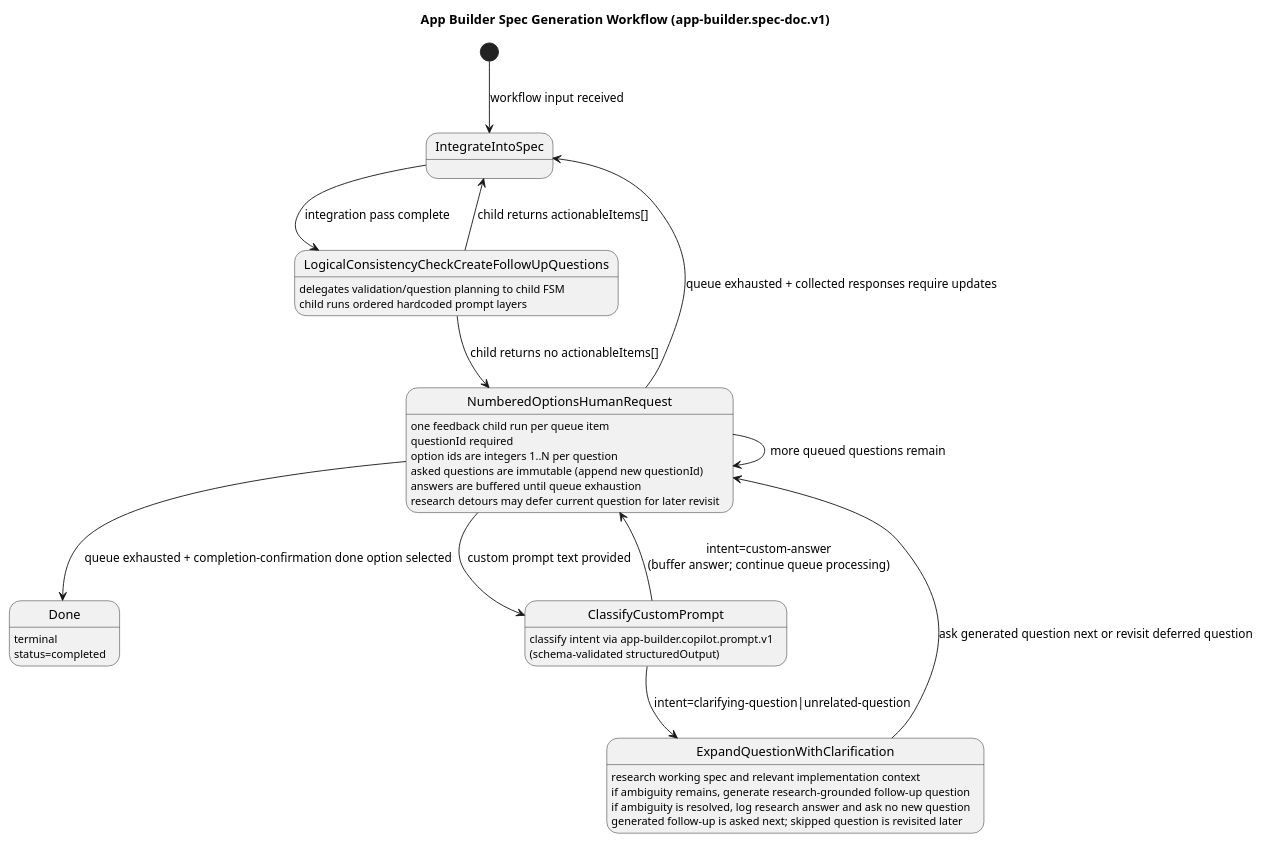
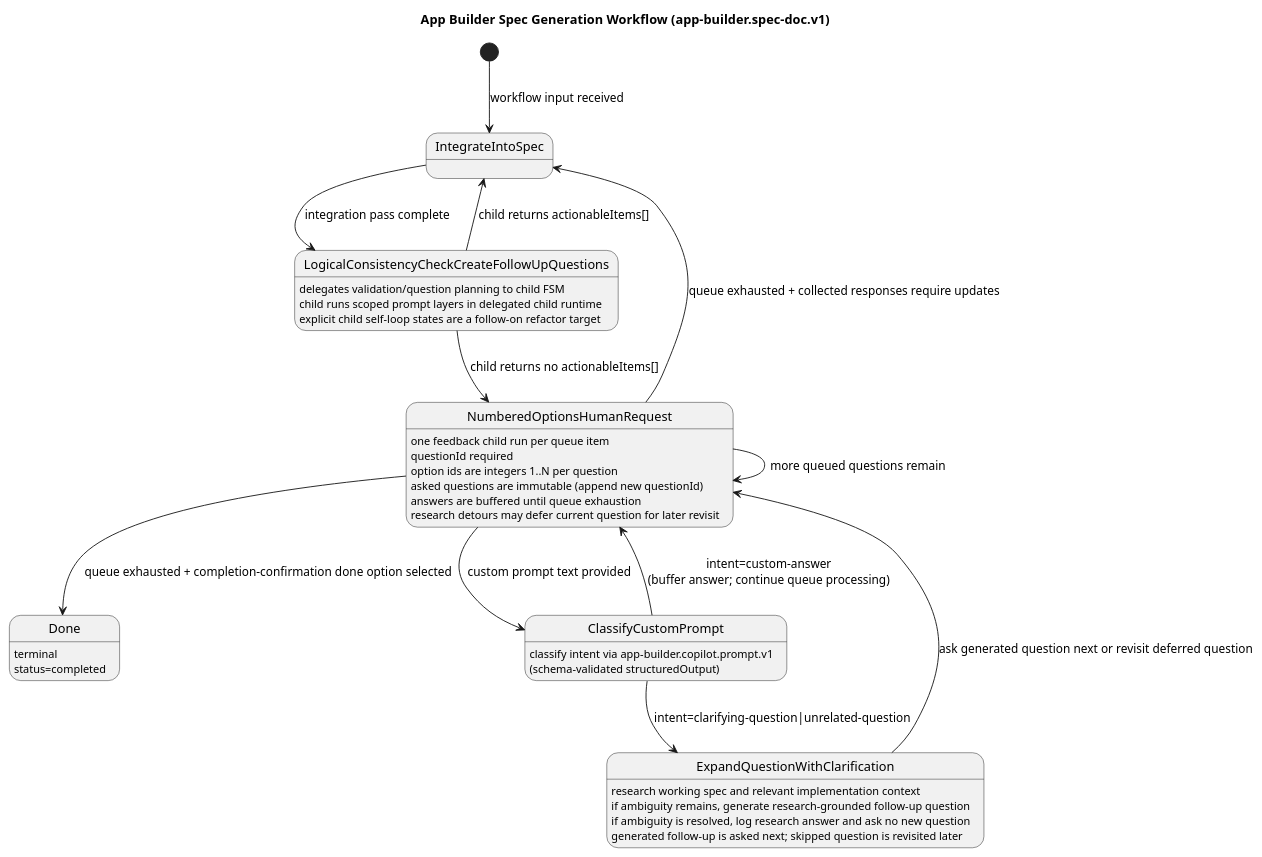
One commit to huntj88/ComposableWorkflow changed the diagram in packages/workflow-app-builder/docs/spec-doc-generation-workflow.md. Above: the diagram before and after it, drawn with PlantUML. The commit also changed other lines of this file and 17 other files, not shown here.

Commit message:
feat(app-builder): decouple scoped consistency prompts

````diff
--- a/packages/workflow-app-builder/docs/spec-doc-generation-workflow.md
+++ b/packages/workflow-app-builder/docs/spec-doc-generation-workflow.md
@@ -154,41 +155,42 @@
 ```plantuml
 @startuml
 title App Builder Spec Generation Workflow (app-builder.spec-doc.v1)
 
 [*] --> IntegrateIntoSpec : workflow input received
 IntegrateIntoSpec --> LogicalConsistencyCheckCreateFollowUpQuestions : integration pass complete
 
 LogicalConsistencyCheckCreateFollowUpQuestions : delegates validation/question planning to child FSM
-LogicalConsistencyCheckCreateFollowUpQuestions : child runs ordered hardcoded prompt layers
+LogicalConsistencyCheckCreateFollowUpQuestions : child runs scoped prompt layers in delegated child runtime
+LogicalConsistencyCheckCreateFollowUpQuestions : explicit child self-loop states are a follow-on refactor target
 LogicalConsistencyCheckCreateFollowUpQuestions --> IntegrateIntoSpec : child returns actionableItems[]
 LogicalConsistencyCheckCreateFollowUpQuestions --> NumberedOptionsHumanRequest : child returns no actionableItems[]
 
 NumberedOptionsHumanRequest : one feedback child run per queue item
 NumberedOptionsHumanRequest : questionId required
 NumberedOptionsHumanRequest : option ids are integers 1..N per question
 NumberedOptionsHumanRequest : asked questions are immutable (append new questionId)
 NumberedOptionsHumanRequest : answers are buffered until queue exhaustion
 NumberedOptionsHumanRequest : research detours may defer current question for later revisit
 
 NumberedOptionsHumanRequest --> NumberedOptionsHumanRequest : more queued questions remain
 NumberedOptionsHumanRequest --> Done : queue exhausted + completion-confirmation done option selected
 NumberedOptionsHumanRequest --> IntegrateIntoSpec : queue exhausted + collected responses require updates
 NumberedOptionsHumanRequest --> ClassifyCustomPrompt : custom prompt text provided
 
 state ClassifyCustomPrompt
 ClassifyCustomPrompt : classify intent via app-builder.copilot.prompt.v1\n(schema-validated structuredOutput)
 
 ClassifyCustomPrompt --> ExpandQuestionWithClarification : intent=clarifying-question|unrelated-question
 ClassifyCustomPrompt --> NumberedOptionsHumanRequest : intent=custom-answer\n(buffer answer; continue queue processing)
 
 state ExpandQuestionWithClarification
 ExpandQuestionWithClarification : research working spec and relevant implementation context
 ExpandQuestionWithClarification : if ambiguity remains, generate research-grounded follow-up question
 ExpandQuestionWithClarification : if ambiguity is resolved, log research answer and ask no new question
 ExpandQuestionWithClarification : generated follow-up is asked next; skipped question is revisited later
 
 ExpandQuestionWithClarification --> NumberedOptionsHumanRequest : ask generated question next or revisit deferred question
 
 Done : terminal\nstatus=completed
 @enduml
 ```
````
